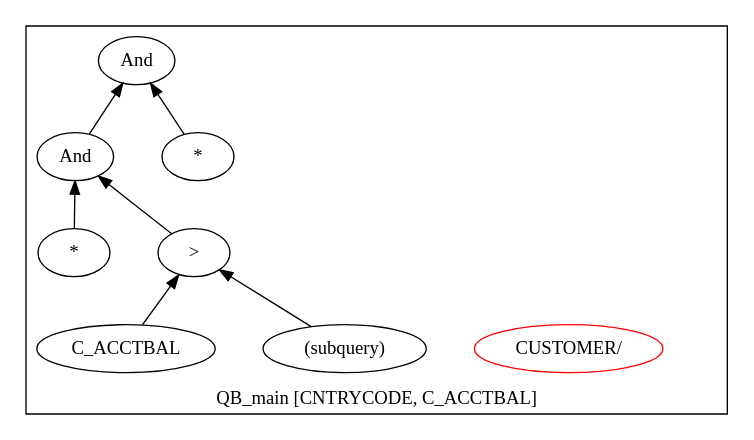
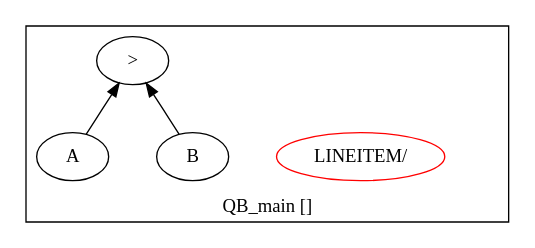
Before and after one commit to adarshpannu/kona: the diagram in qgm.dot, drawn with Graphviz. The commit also changed 10 other files, not shown here.

```diff
--- a/qgm.dot
+++ b/qgm.dot
@@ -1,23 +1,15 @@
 digraph example1 {
     rankdir=BT;
     nodesep=0.5;
     ordering="in";
   subgraph cluster_QB_main {
-    label = "QB_main [CNTRYCODE, C_ACCTBAL]";
+    label = "QB_main []";
     "QB_main_pt"[shape=point, color=white];
-    "QUN_0"[label="CUSTOMER/", color=red]
-    exprnode0x7ff8dbc32738[label="And"];
-    exprnode0x7ff8dbc318b8 -> exprnode0x7ff8dbc32738;
-    exprnode0x7ff8dbc34148 -> exprnode0x7ff8dbc32738;
-    exprnode0x7ff8dbc318b8[label="And"];
-    exprnode0x7ff8dbc304a8 -> exprnode0x7ff8dbc318b8;
-    exprnode0x7ff8dbc31b48 -> exprnode0x7ff8dbc318b8;
-    exprnode0x7ff8dbc304a8[label="*"];
-    exprnode0x7ff8dbc31b48[label=">"];
-    exprnode0x7ff8dbc2e6e8 -> exprnode0x7ff8dbc31b48;
-    exprnode0x7ff8dbc31818 -> exprnode0x7ff8dbc31b48;
-    exprnode0x7ff8dbc2e6e8[label="C_ACCTBAL"];
-    exprnode0x7ff8dbc31818[label="(subquery)"];
-    exprnode0x7ff8dbc34148[label="*"];
+    "QUN_0"[label="LINEITEM/", color=red]
+    exprnode0x7fea6b70d338[label=">"];
+    exprnode0x7fea6b70d1a8 -> exprnode0x7fea6b70d338;
+    exprnode0x7fea6b7100c8 -> exprnode0x7fea6b70d338;
+    exprnode0x7fea6b70d1a8[label="A"];
+    exprnode0x7fea6b7100c8[label="B"];
 }
 }
```
